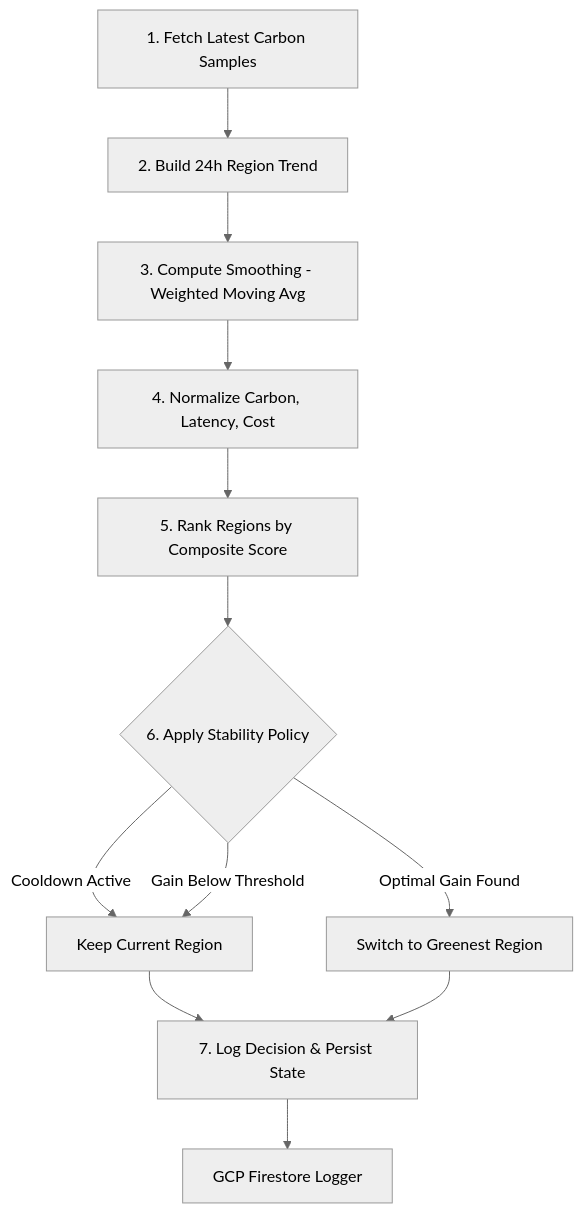
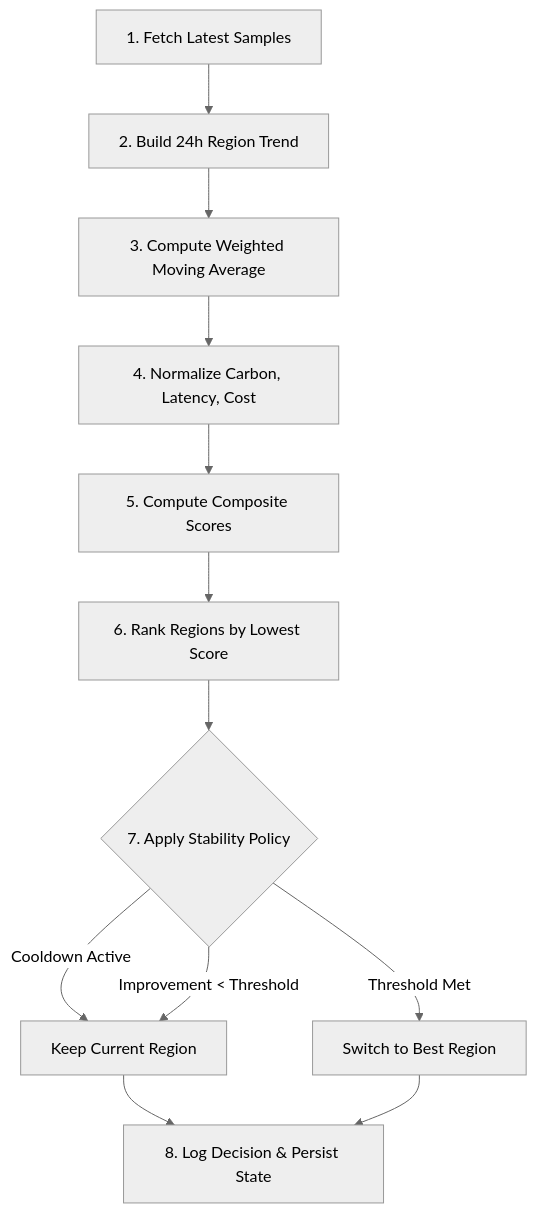
One commit to BharathiSen/cass changed the diagram in README.md. Above: the diagram before and after it, drawn with Mermaid (neutral theme). The commit also changed other lines of this file and 10 other files, not shown here.

````diff
--- a/README.md
+++ b/README.md
@@ -13,16 +13,14 @@
 ```mermaid
 graph TD
-    S1[1. Fetch Latest Carbon Samples] --> S2[2. Build 24h Region Trend]
-    S2 --> S3[3. Compute Smoothing - Weighted Moving Avg]
+    S1[1. Fetch Latest Samples] --> S2[2. Build 24h Region Trend]
+    S2 --> S3[3. Compute Weighted Moving Average]
     S3 --> S4[4. Normalize Carbon, Latency, Cost]
-    S4 --> S5[5. Rank Regions by Composite Score]
-    S5 --> S6{6. Apply Stability Policy}
-    
-    S6 -->|Cooldown Active| S7a[Keep Current Region]
-    S6 -->|Gain Below Threshold| S7a
-    S6 -->|Optimal Gain Found| S7b[Switch to Greenest Region]
-    
-    S7a --> S8[7. Log Decision & Persist State]
-    S7b --> S8
-    S8 --> E[GCP Firestore Logger]
+    S4 --> S5[5. Compute Composite Scores]
+    S5 --> S6[6. Rank Regions by Lowest Score]
+    S6 --> S7{7. Apply Stability Policy}
+    S7 -->|Cooldown Active| S8[Keep Current Region]
+    S7 -->|Improvement < Threshold| S8
+    S7 -->|Threshold Met| S9[Switch to Best Region]
+    S8 --> S10[8. Log Decision & Persist State]
+    S9 --> S10
 ```
````
